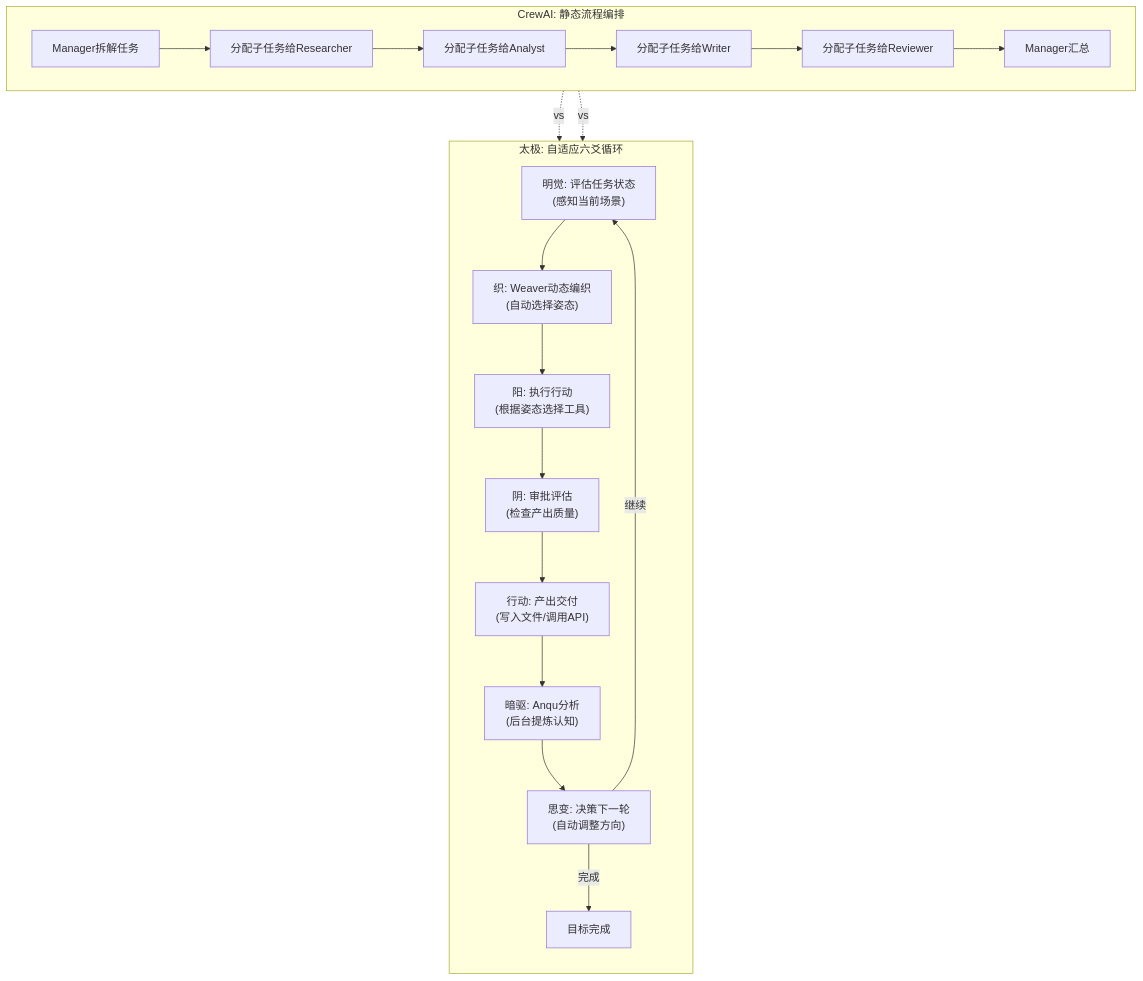
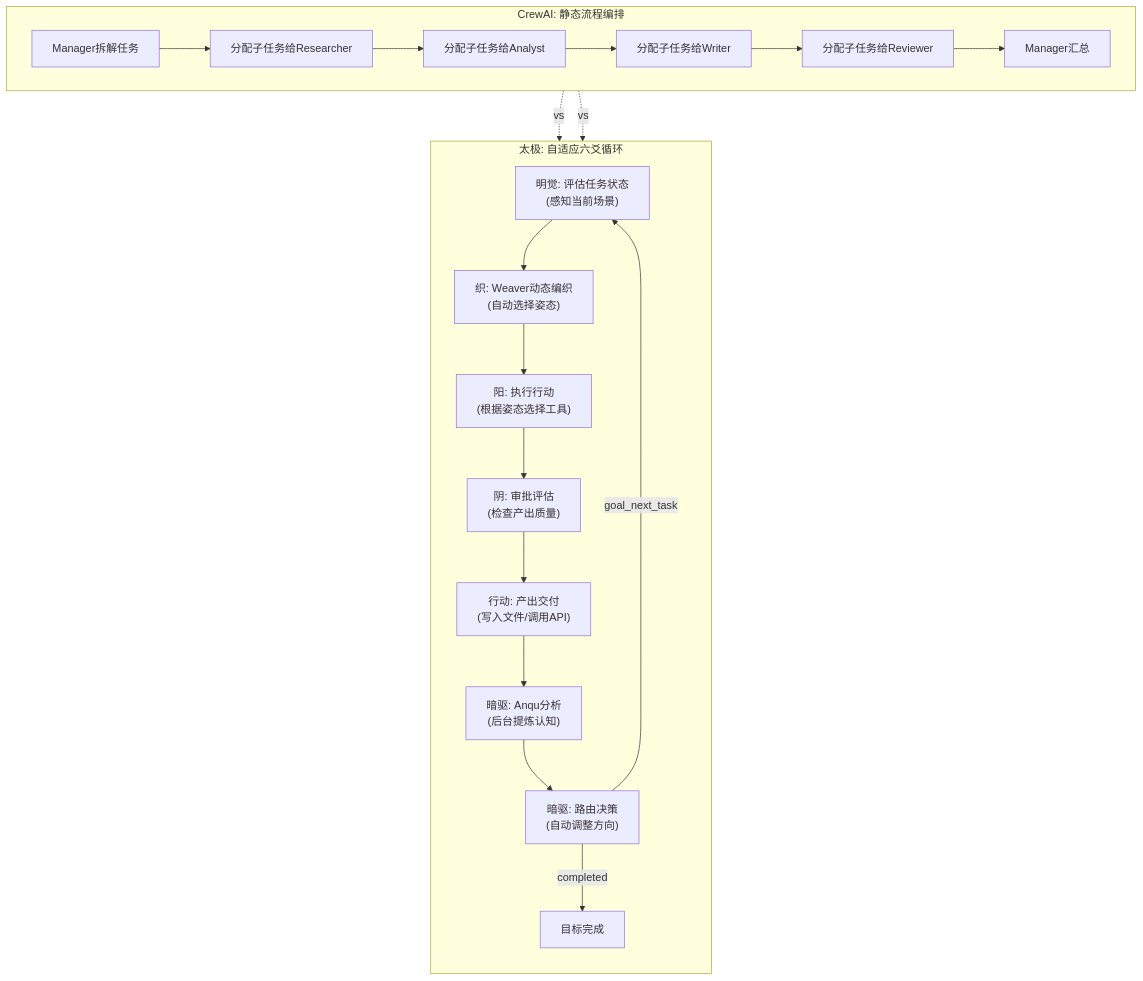
The first of 4 diagrams in docs/对比篇-09-太极-vs-CrewAI.md (wenge6090-cell/Taiji), drawn with Mermaid before and after one commit. The commit also changed other lines of this file and 163 other files, not shown here.

````diff
--- a/docs/对比篇-09-太极-vs-CrewAI.md
+++ b/docs/对比篇-09-太极-vs-CrewAI.md
@@ -181,26 +181,26 @@
 ```mermaid
 graph TD
     subgraph "CrewAI: 静态流程编排"
         direction LR
         C1[Manager拆解任务] --> C2[分配子任务给Researcher]
         C2 --> C3[分配子任务给Analyst]
         C3 --> C4[分配子任务给Writer]
         C4 --> C5[分配子任务给Reviewer]
         C5 --> C6[Manager汇总]
     end
     
     subgraph "太极: 自适应六爻循环"
         direction TB
         T1["明觉: 评估任务状态<br/>(感知当前场景)"] --> T2["织: Weaver动态编织<br/>(自动选择姿态)"]
         T2 --> T3["阳: 执行行动<br/>(根据姿态选择工具)"]
         T3 --> T4["阴: 审批评估<br/>(检查产出质量)"]
         T4 --> T5["行动: 产出交付<br/>(写入文件/调用API)"]
         T5 --> T6["暗驱: Anqu分析<br/>(后台提炼认知)"]
-        T6 --> T7["思变: 决策下一轮<br/>(自动调整方向)"]
-        T7 -->|继续| T1
-        T7 -->|完成| T8[目标完成]
+        T6 --> T7["暗驱: 路由决策<br/>(自动调整方向)"]
+        T7 -->|goal_next_task| T1
+        T7 -->|completed| T8[目标完成]
     end
     
     C1 -.->|vs| T1
     C2 -.->|vs| T2
 ```
````
